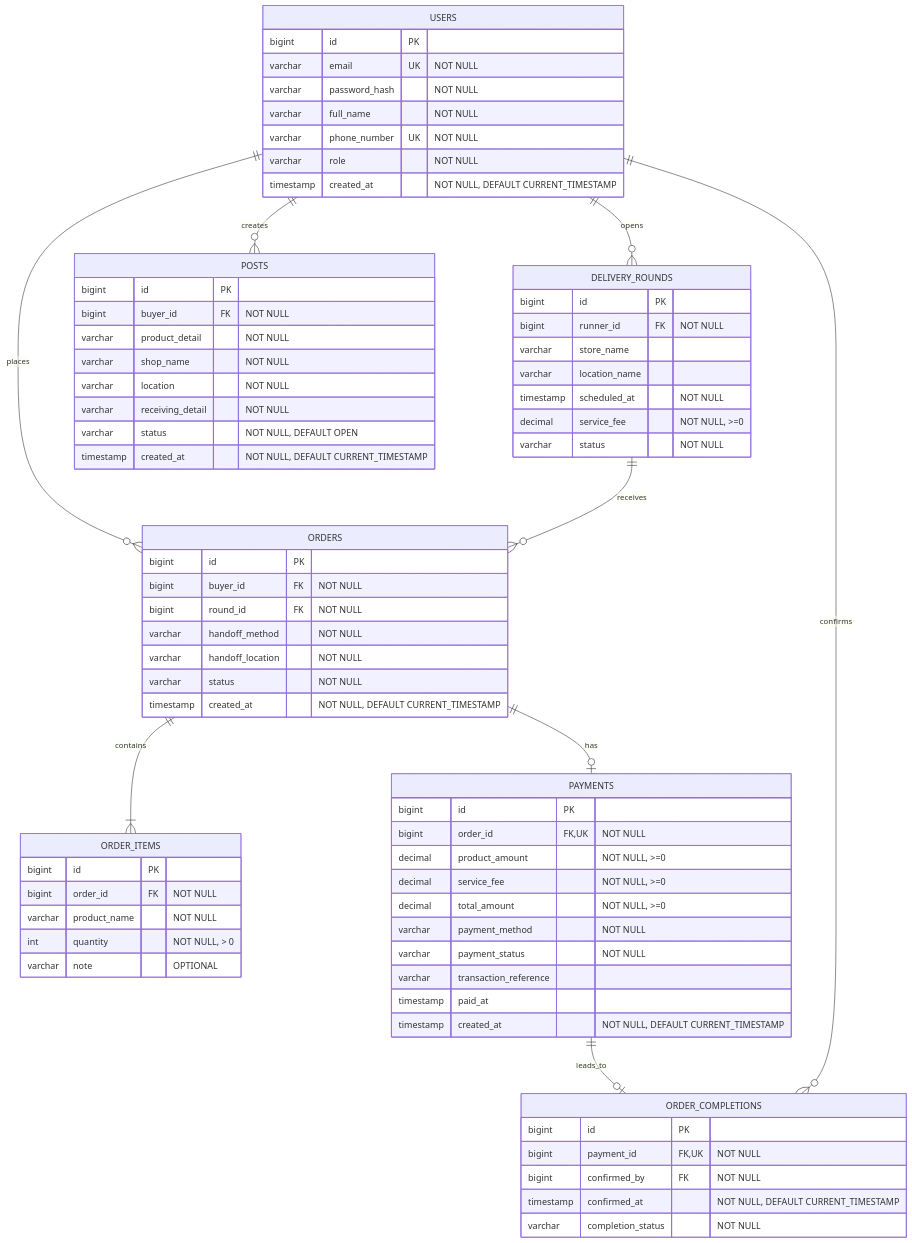
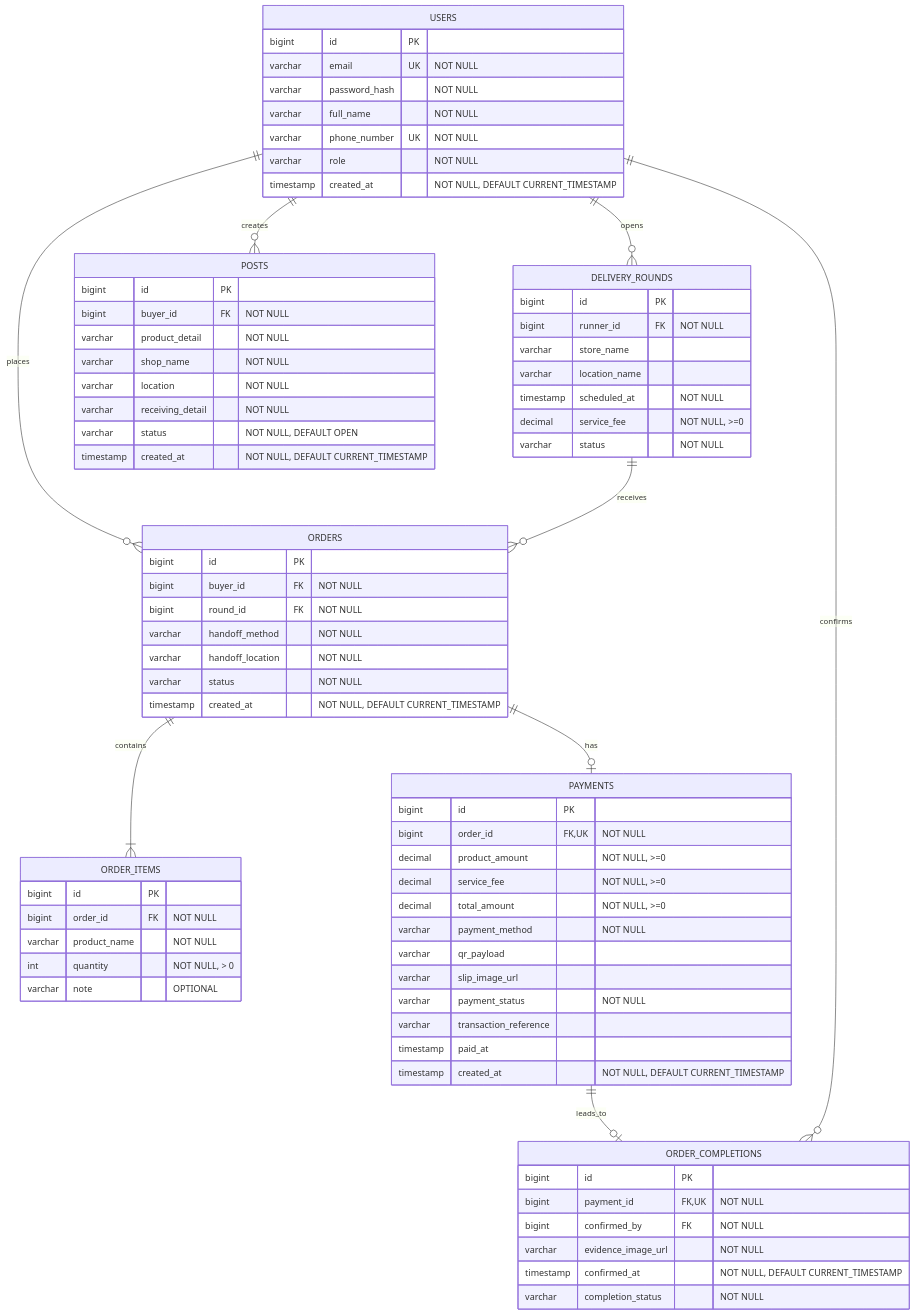
Before and after one commit to BlackyB0o/CS261_650001_group5: the diagram in docs/database/ERD.md, drawn with Mermaid.

Commit message:
add qr slip and receipt evidence to ERD

```diff
--- a/docs/database/ERD.md
+++ b/docs/database/ERD.md
@@ -79,6 +79,8 @@
         decimal service_fee "NOT NULL, >=0"
         decimal total_amount "NOT NULL, >=0"
         varchar payment_method "NOT NULL"
+        varchar qr_payload
+        varchar slip_image_url
         varchar payment_status "NOT NULL"
         varchar transaction_reference
         timestamp paid_at
@@ -90,6 +92,7 @@
         bigint id PK
         bigint payment_id FK,UK "NOT NULL"
         bigint confirmed_by FK "NOT NULL"
+        varchar evidence_image_url "NOT NULL"
         timestamp confirmed_at "NOT NULL, DEFAULT CURRENT_TIMESTAMP"
         varchar completion_status "NOT NULL"
     }
```
